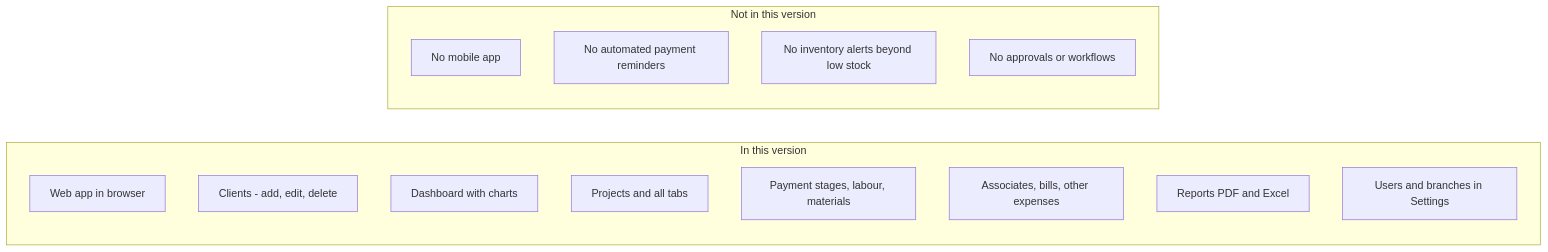
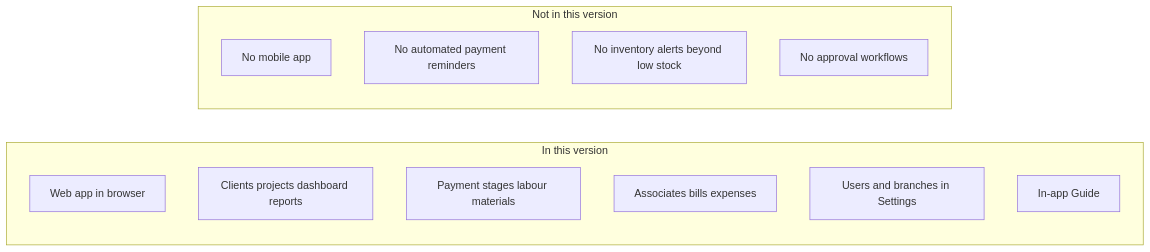
The fourth of 4 diagrams in docs/BUILDOPS_OVERVIEW.md (mishabcp/buildops), drawn with Mermaid before and after one commit. The commit also changed other lines of this file and 45 other files, not shown here.

````diff
--- a/docs/BUILDOPS_OVERVIEW.md
+++ b/docs/BUILDOPS_OVERVIEW.md
@@ -99,19 +110,17 @@
 ```mermaid
 flowchart LR
   subgraph inScope [In this version]
     I1[Web app in browser]
-    I2[Clients - add, edit, delete]
-    I3[Dashboard with charts]
-    I4[Projects and all tabs]
-    I5[Payment stages, labour, materials]
-    I6[Associates, bills, other expenses]
-    I7[Reports PDF and Excel]
-    I8[Users and branches in Settings]
+    I2[Clients projects dashboard reports]
+    I3[Payment stages labour materials]
+    I4[Associates bills expenses]
+    I5[Users and branches in Settings]
+    I6[In-app Guide]
   end
   subgraph notInScope [Not in this version]
     N1[No mobile app]
     N2[No automated payment reminders]
     N3[No inventory alerts beyond low stock]
-    N4[No approvals or workflows]
+    N4[No approval workflows]
   end
 ```
````
